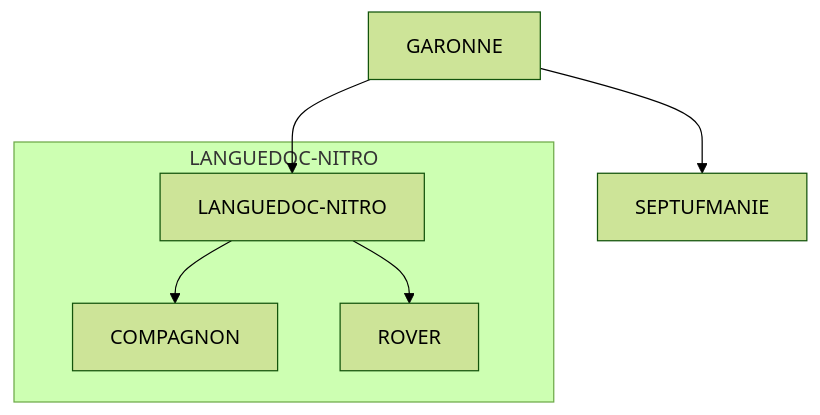
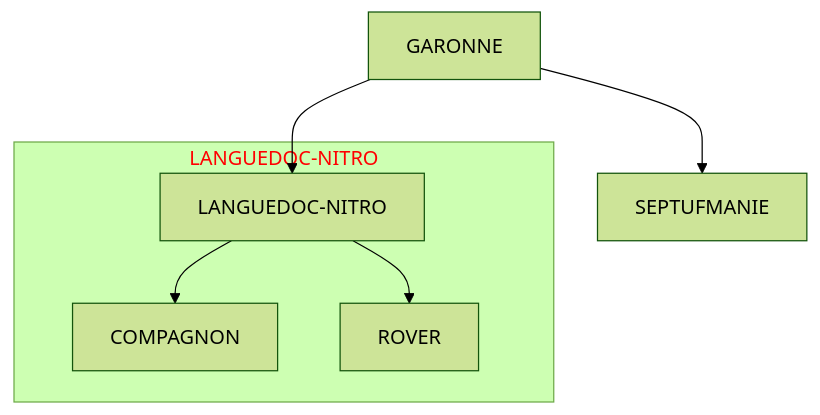
Before and after one commit to Septimania/septimania: the diagram in README.md, drawn with Mermaid (forest theme).

````diff
--- a/README.md
+++ b/README.md
@@ -113,9 +113,11 @@
 ```mermaid
   graph TD
       A[GARONNE] --> B[LANGUEDOC-NITRO]
-      subgraph NITROLAPTOP [LANGUEDOC-NITRO]
+      subgraph NITRO [LANGUEDOC-NITRO]
       B --> C[COMPAGNON]
       B --> D[ROVER]
       end
       A --> E[SEPTUFMANIE]
+
+      style NITRO color:#f00
 ```
````
